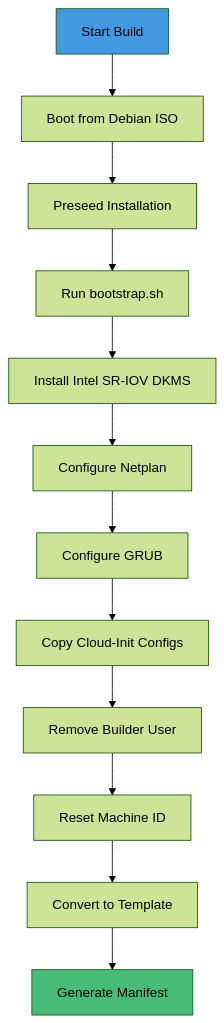
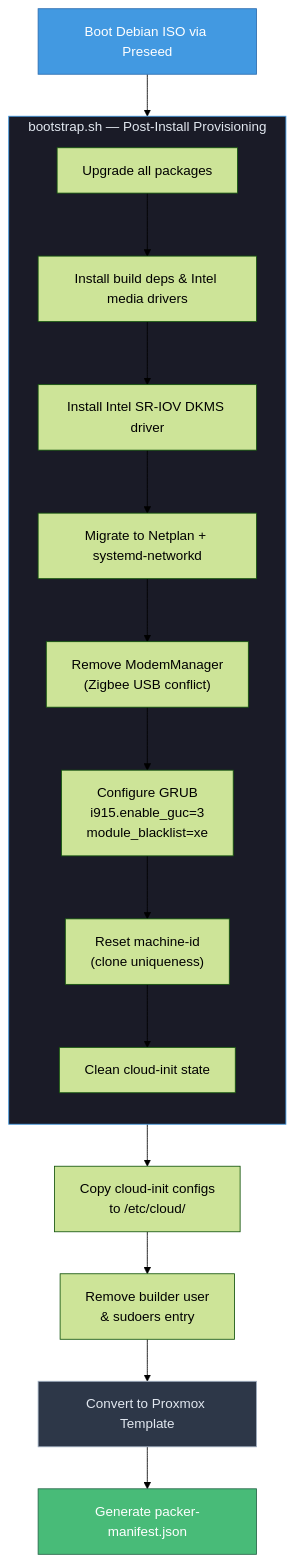
One commit to Starktastic-Homelab/packer changed the second of 4 diagrams in README.md. Above: the diagram before and after it, drawn with Mermaid (forest theme). The commit also changed other lines of this file, not shown here.

Commit message:
docs: rewrite README with mermaid diagrams and accurate specs

````diff
--- a/README.md
+++ b/README.md
@@ -145,17 +70,25 @@
 ```mermaid
 flowchart TD
-    A[Start Build] --> B[Boot from Debian ISO]
-    B --> C[Preseed Installation]
-    C --> D[Run bootstrap.sh]
-    D --> E[Install Intel SR-IOV DKMS]
-    E --> F[Configure Netplan]
-    F --> G[Configure GRUB]
-    G --> H[Copy Cloud-Init Configs]
-    H --> I[Remove Builder User]
-    I --> J[Reset Machine ID]
-    J --> K[Convert to Template]
-    K --> L[Generate Manifest]
-    
-    style A fill:#4299e1
-    style L fill:#48bb78
+    A["Boot Debian ISO via Preseed"] --> B["bootstrap.sh"]
+
+    subgraph B["bootstrap.sh — Post-Install Provisioning"]
+        direction TB
+        B1["Upgrade all packages"] --> B2["Install build deps & Intel media drivers"]
+        B2 --> B3["Install Intel SR-IOV DKMS driver"]
+        B3 --> B4["Migrate to Netplan + systemd-networkd"]
+        B4 --> B5["Remove ModemManager\n(Zigbee USB conflict)"]
+        B5 --> B6["Configure GRUB\ni915.enable_guc=3\nmodule_blacklist=xe"]
+        B6 --> B7["Reset machine-id\n(clone uniqueness)"]
+        B7 --> B8["Clean cloud-init state"]
+    end
+
+    B8 --> C["Copy cloud-init configs\nto /etc/cloud/"]
+    C --> D["Remove builder user\n& sudoers entry"]
+    D --> E["Convert to Proxmox Template"]
+    E --> F["Generate packer-manifest.json"]
+
+    style A fill:#4299e1,stroke:#2b6cb0,color:#fff
+    style B fill:#1a1b27,stroke:#4299e1,color:#e2e8f0
+    style E fill:#2d3748,stroke:#a0aec0,color:#e2e8f0
+    style F fill:#48bb78,stroke:#276749,color:#fff
 ```
````
